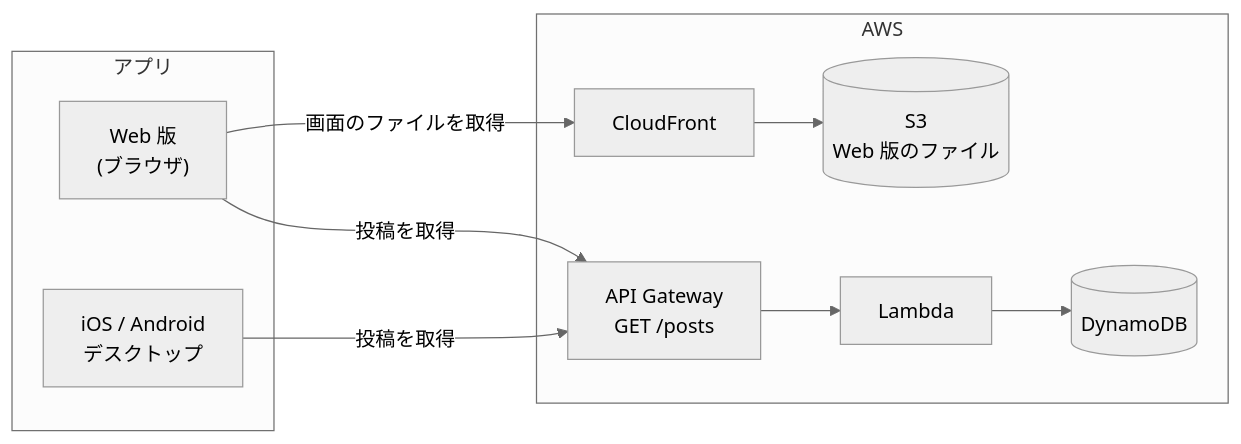
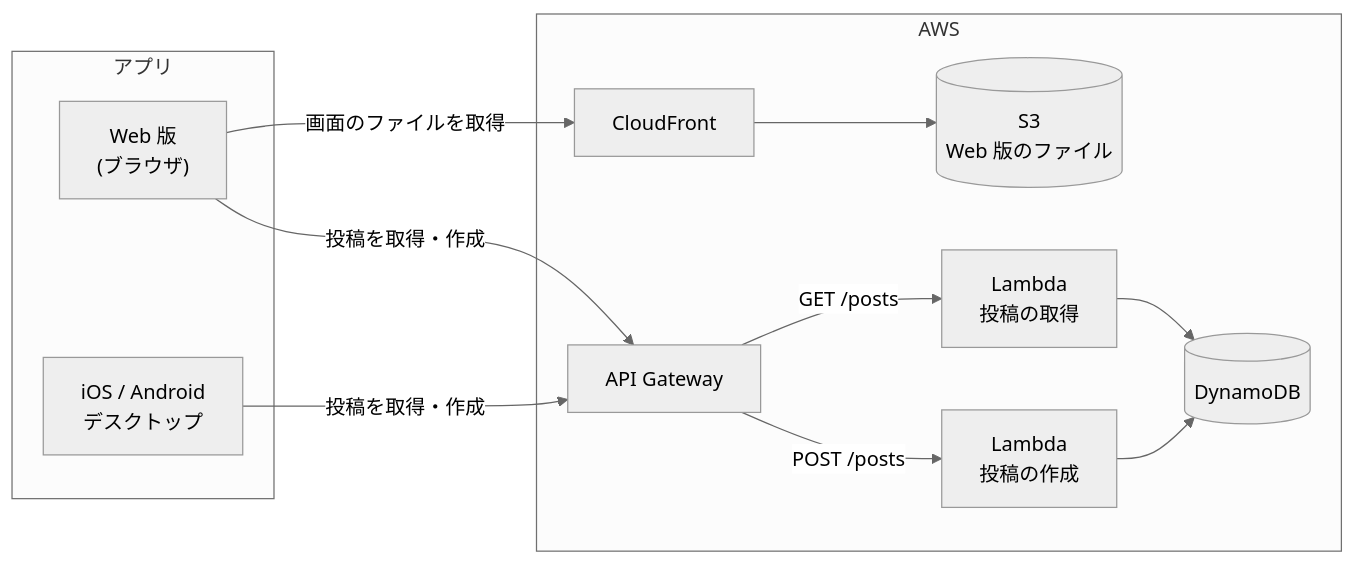
The diagram in README.md (diapp0227/zero-chat), drawn with Mermaid (neutral theme) before and after one commit. The commit also changed other lines of this file, not shown here.

Commit message:
Describe creating posts and profile settings in README

````diff
--- a/README.md
+++ b/README.md
@@ -34,16 +36,20 @@
 ```mermaid
 flowchart LR
     subgraph Clients[アプリ]
         Mobile["iOS / Android<br/>デスクトップ"]
         Browser["Web 版<br/>(ブラウザ)"]
     end
 
     subgraph AWS
         CF[CloudFront] --> S3[(S3<br/>Web 版のファイル)]
-        APIGW["API Gateway<br/>GET /posts"] --> Lambda[Lambda] --> DDB[(DynamoDB)]
+        APIGW["API Gateway"]
+        APIGW -->|GET /posts| GetLambda["Lambda<br/>投稿の取得"]
+        APIGW -->|POST /posts| CreateLambda["Lambda<br/>投稿の作成"]
+        GetLambda --> DDB[(DynamoDB)]
+        CreateLambda --> DDB
     end
 
     Browser -->|画面のファイルを取得| CF
-    Browser -->|投稿を取得| APIGW
-    Mobile -->|投稿を取得| APIGW
+    Browser -->|投稿を取得・作成| APIGW
+    Mobile -->|投稿を取得・作成| APIGW
 ```
````
